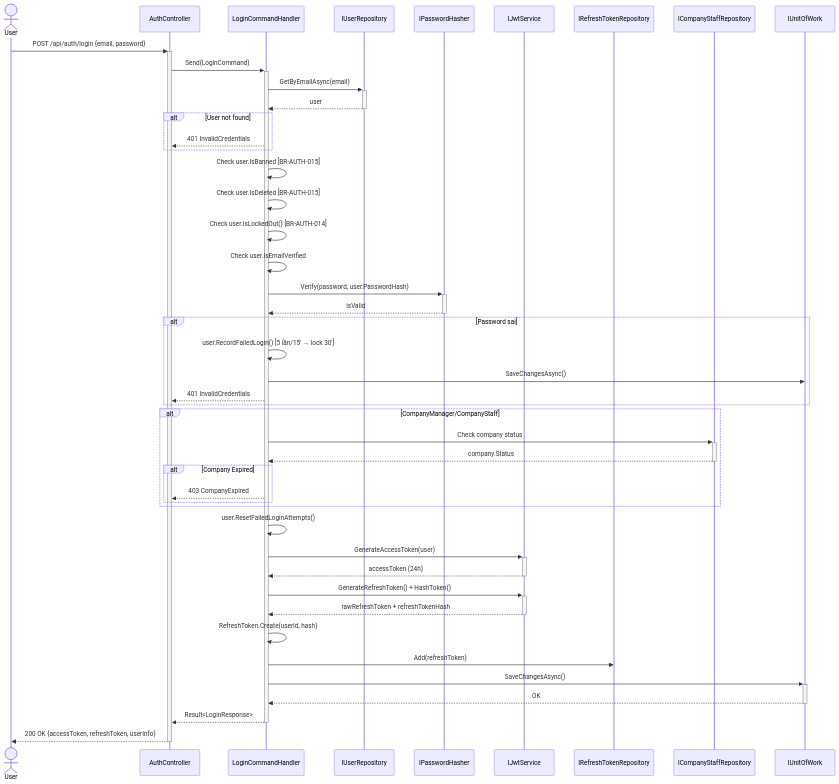
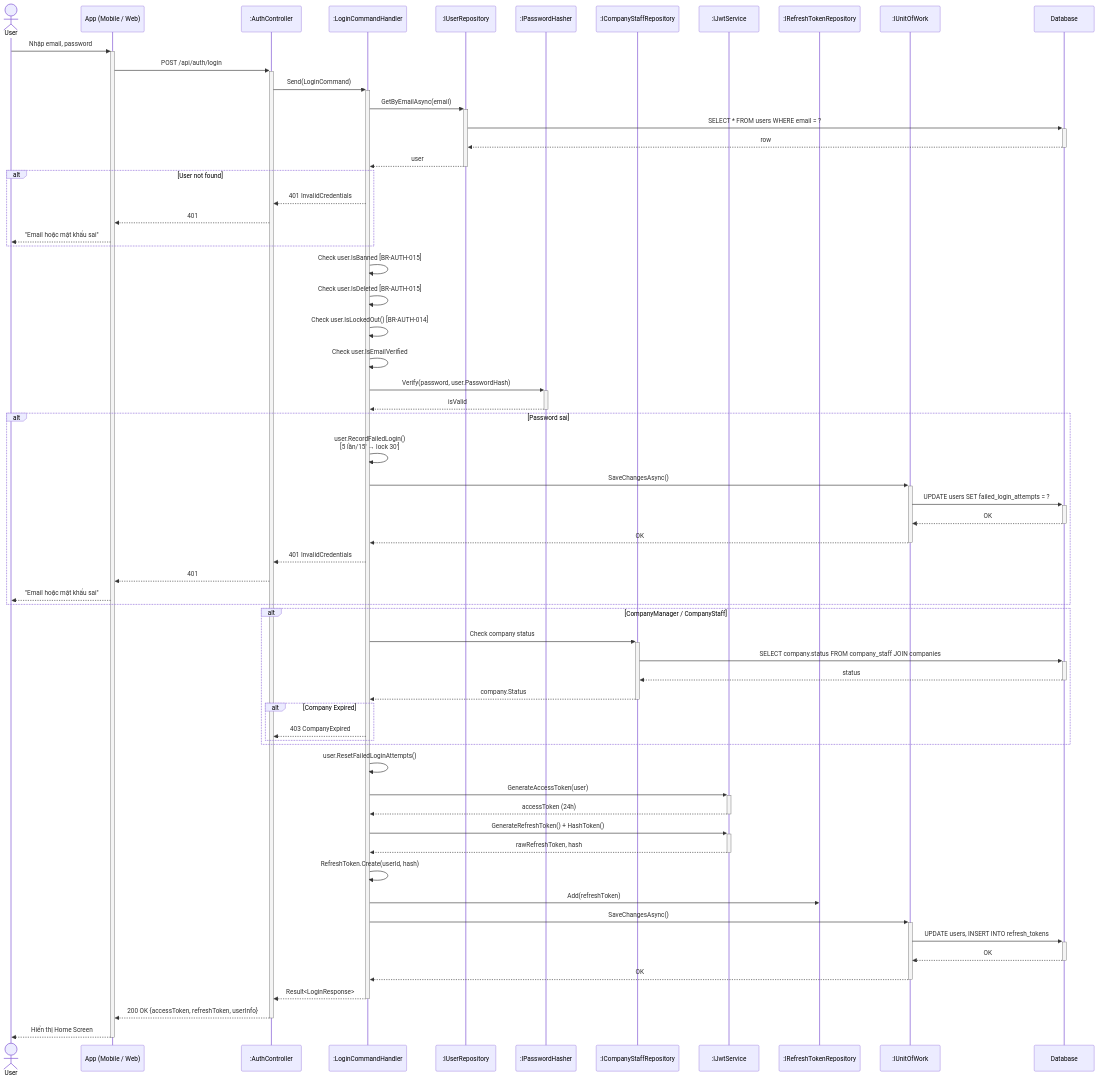
One commit to Capstonne-Project/greenlens-service changed the second of 25 diagrams in docs/BusinessRule/SEQUENCE_DIAGRAMS.md. Above: the diagram before and after it, drawn with Mermaid. The commit also changed other lines of this file, not shown here.

Commit message:
fix(docs): enhance format sequence diagram

````diff
--- a/docs/BusinessRule/SEQUENCE_DIAGRAMS.md
+++ b/docs/BusinessRule/SEQUENCE_DIAGRAMS.md
@@ -65,59 +77,77 @@
 ```mermaid
 sequenceDiagram
     actor User
-    participant API as AuthController
-    participant Handler as LoginCommandHandler
-    participant UserRepo as IUserRepository
-    participant Hasher as IPasswordHasher
-    participant JWT as IJwtService
-    participant TokenRepo as IRefreshTokenRepository
-    participant StaffRepo as ICompanyStaffRepository
-    participant UoW as IUnitOfWork
+    participant App as App (Mobile / Web)
+    participant Ctrl as :AuthController
+    participant Hdl as :LoginCommandHandler
+    participant Repo as :IUserRepository
+    participant Hash as :IPasswordHasher
+    participant Staff as :ICompanyStaffRepository
+    participant JWT as :IJwtService
+    participant TknRepo as :IRefreshTokenRepository
+    participant UoW as :IUnitOfWork
+    participant DB as Database
 
-    User->>+API: POST /api/auth/login {email, password}
-    API->>+Handler: Send(LoginCommand)
+    User->>+App: Nhập email, password
+    App->>+Ctrl: POST /api/auth/login
+    Ctrl->>+Hdl: Send(LoginCommand)
 
-    Handler->>+UserRepo: GetByEmailAsync(email)
-    UserRepo-->>-Handler: user
+    Hdl->>+Repo: GetByEmailAsync(email)
+    Repo->>+DB: SELECT * FROM users WHERE email = ?
+    DB-->>-Repo: row
+    Repo-->>-Hdl: user
 
     alt User not found
-        Handler-->>API: 401 InvalidCredentials
+        Hdl-->>Ctrl: 401 InvalidCredentials
+        Ctrl-->>App: 401
+        App-->>User: "Email hoặc mật khẩu sai"
     end
 
-    Handler->>Handler: Check user.IsBanned [BR-AUTH-015]
-    Handler->>Handler: Check user.IsDeleted [BR-AUTH-015]
-    Handler->>Handler: Check user.IsLockedOut() [BR-AUTH-014]
-    Handler->>Handler: Check user.IsEmailVerified
+    Hdl->>Hdl: Check user.IsBanned [BR-AUTH-015]
+    Hdl->>Hdl: Check user.IsDeleted [BR-AUTH-015]
+    Hdl->>Hdl: Check user.IsLockedOut() [BR-AUTH-014]
+    Hdl->>Hdl: Check user.IsEmailVerified
 
-    Handler->>+Hasher: Verify(password, user.PasswordHash)
-    Hasher-->>-Handler: isValid
+    Hdl->>+Hash: Verify(password, user.PasswordHash)
+    Hash-->>-Hdl: isValid
 
     alt Password sai
-        Handler->>Handler: user.RecordFailedLogin() [5 lần/15' → lock 30']
-        Handler->>UoW: SaveChangesAsync()
-        Handler-->>API: 401 InvalidCredentials
+        Hdl->>Hdl: user.RecordFailedLogin()<br/>[5 lần/15' → lock 30']
+        Hdl->>+UoW: SaveChangesAsync()
+        UoW->>+DB: UPDATE users SET failed_login_attempts = ?
+        DB-->>-UoW: OK
+        UoW-->>-Hdl: OK
+        Hdl-->>Ctrl: 401 InvalidCredentials
+        Ctrl-->>App: 401
+        App-->>User: "Email hoặc mật khẩu sai"
     end
 
-    alt CompanyManager/CompanyStaff
-        Handler->>+StaffRepo: Check company status
-        StaffRepo-->>-Handler: company.Status
+    alt CompanyManager / CompanyStaff
+        Hdl->>+Staff: Check company status
+        Staff->>+DB: SELECT company.status FROM company_staff JOIN companies
+        DB-->>-Staff: status
+        Staff-->>-Hdl: company.Status
         alt Company Expired
-            Handler-->>API: 403 CompanyExpired
+            Hdl-->>Ctrl: 403 CompanyExpired
         end
     end
 
-    Handler->>Handler: user.ResetFailedLoginAttempts()
+    Hdl->>Hdl: user.ResetFailedLoginAttempts()
 
-    Handler->>+JWT: GenerateAccessToken(user)
-    JWT-->>-Handler: accessToken (24h)
-    Handler->>+JWT: GenerateRefreshToken() + HashToken()
-    JWT-->>-Handler: rawRefreshToken + refreshTokenHash
+    Hdl->>+JWT: GenerateAccessToken(user)
+    JWT-->>-Hdl: accessToken (24h)
+    Hdl->>+JWT: GenerateRefreshToken() + HashToken()
+    JWT-->>-Hdl: rawRefreshToken, hash
 
-    Handler->>Handler: RefreshToken.Create(userId, hash)
-    Handler->>TokenRepo: Add(refreshToken)
-    Handler->>+UoW: SaveChangesAsync()
-    UoW-->>-Handler: OK
+    Hdl->>Hdl: RefreshToken.Create(userId, hash)
+    Hdl->>TknRepo: Add(refreshToken)
 
-    Handler-->>-API: Result<LoginResponse>
-    API-->>-User: 200 OK {accessToken, refreshToken, userInfo}
+    Hdl->>+UoW: SaveChangesAsync()
+    UoW->>+DB: UPDATE users, INSERT INTO refresh_tokens
+    DB-->>-UoW: OK
+    UoW-->>-Hdl: OK
+
+    Hdl-->>-Ctrl: Result<LoginResponse>
+    Ctrl-->>-App: 200 OK {accessToken, refreshToken, userInfo}
+    App-->>-User: Hiển thị Home Screen
 ```
````
